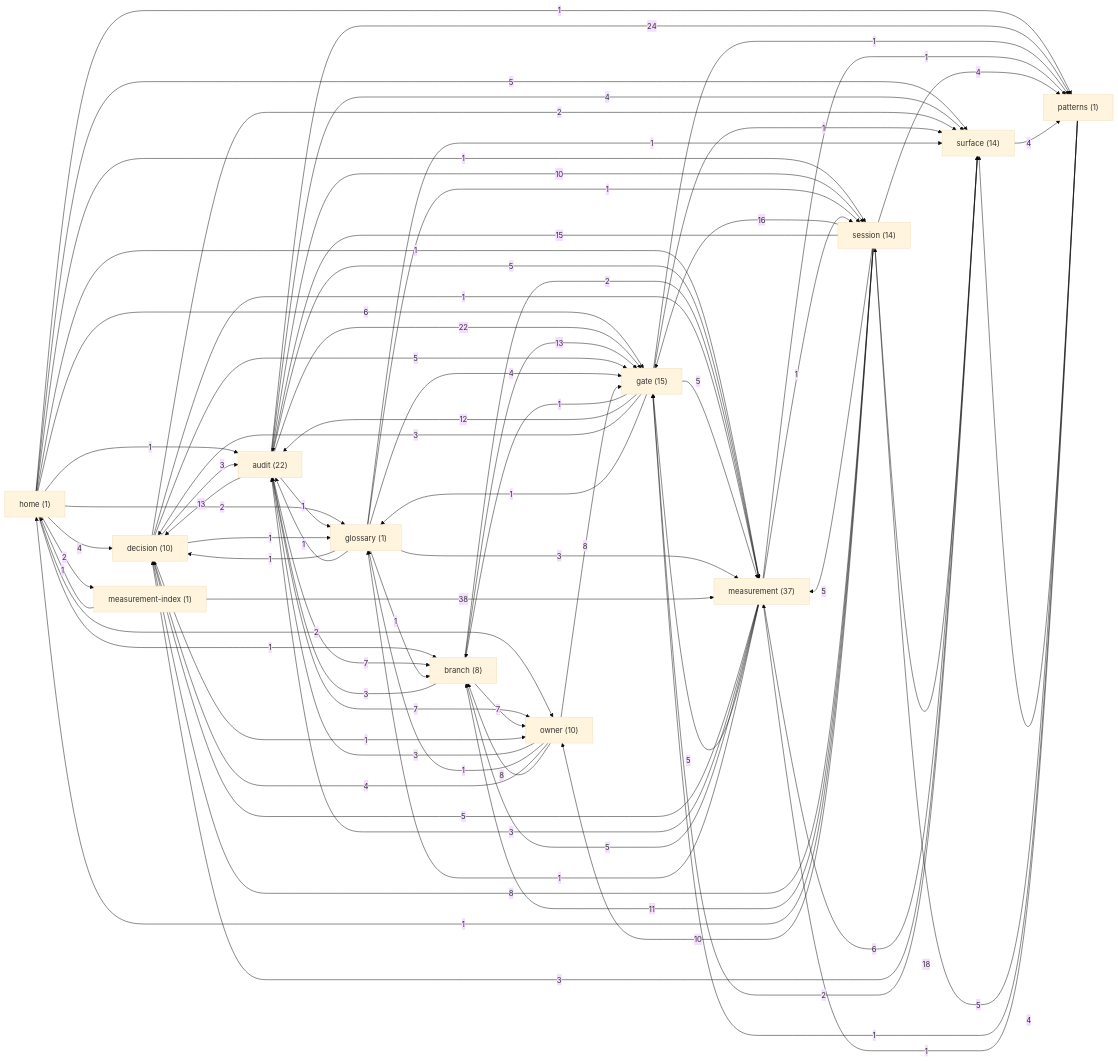
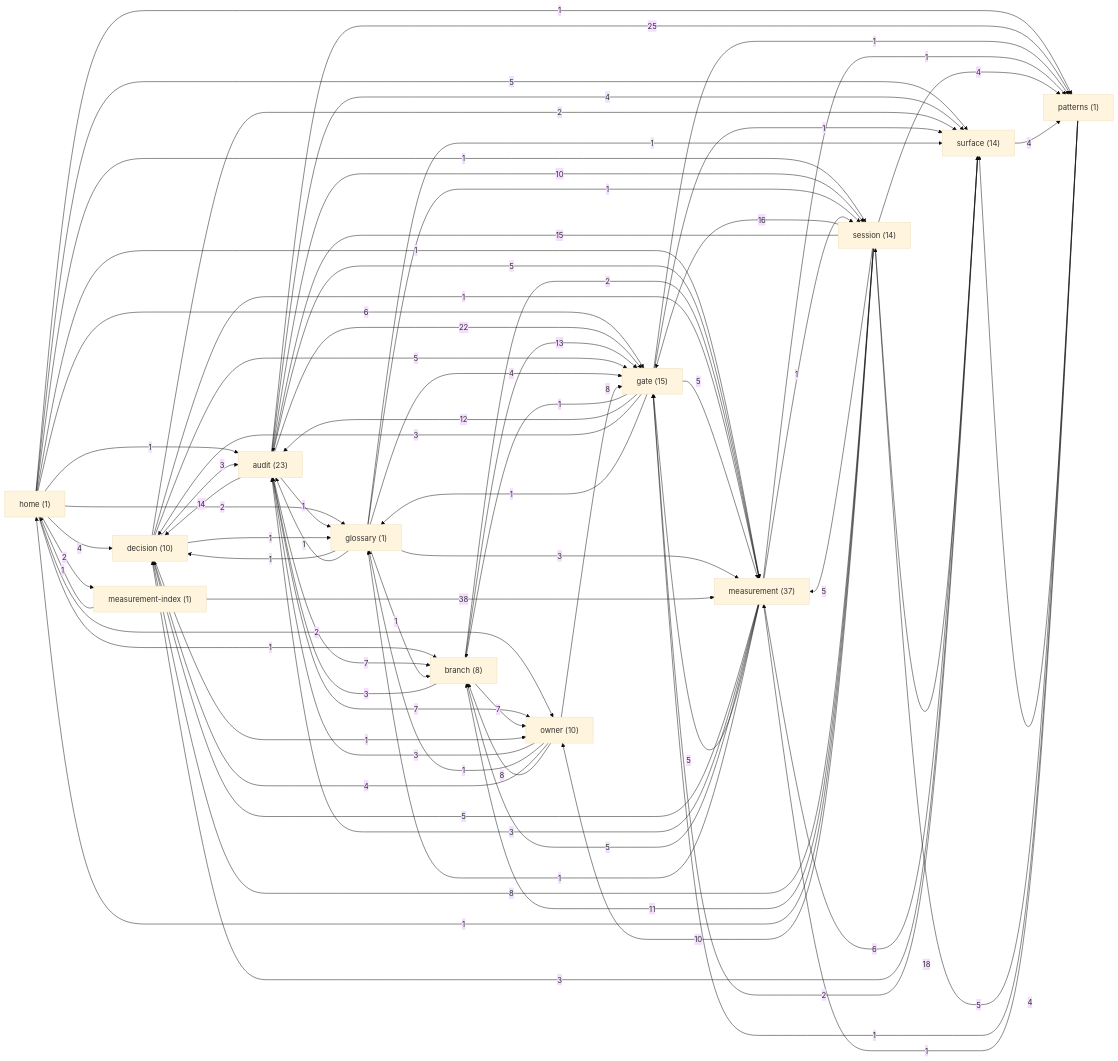
One commit to sergey9519546/STORYMACHINE changed the diagram in docs/brain/GRAPH.md. Above: the diagram before and after it, drawn with Mermaid (base theme). The commit also changed other lines of this file and 1 other file, not shown here.

First line of the commit message:
docs(brain): regenerate graph for locked-spans audit note

````diff
--- a/docs/brain/GRAPH.md
+++ b/docs/brain/GRAPH.md
@@ -9,7 +9,7 @@
 ```mermaid
 graph LR
   home["home (1)"]
-  audit["audit (22)"]
+  audit["audit (23)"]
   branch["branch (8)"]
   decision["decision (10)"]
   gate["gate (15)"]
@@ -35,8 +35,8 @@
   audit -->|10| session
   audit -->|7| branch
   audit -->|22| gate
-  audit -->|13| decision
-  audit -->|24| patterns
+  audit -->|14| decision
+  audit -->|25| patterns
   audit -->|7| owner
   audit -->|4| surface
   audit -->|5| measurement
````
